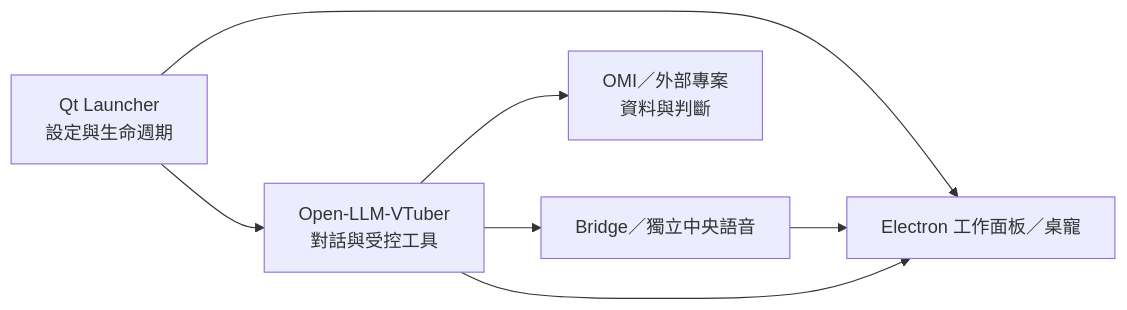
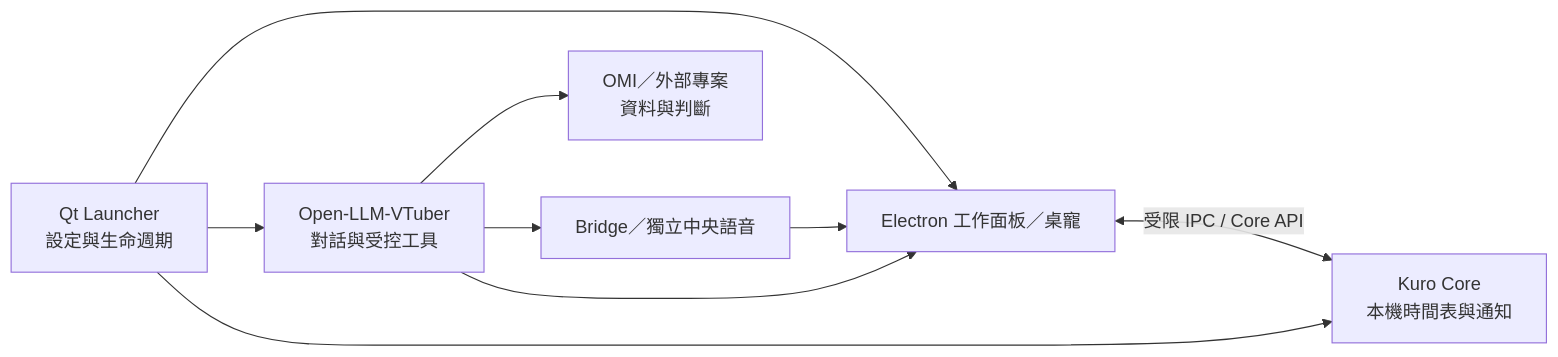
Before and after one commit to lulu930128/desktop-agent-runtime: the diagram in README.md, drawn with Mermaid. The commit also changed other lines of this file and 12 other files, not shown here.

First line of the commit message:
docs(architecture): reconcile Core ownership and research boundaries

````diff
--- a/README.md
+++ b/README.md
@@ -39,9 +39,11 @@
 ```mermaid
 flowchart LR
     Launcher["Qt Launcher<br/>設定與生命週期"] --> Panel["Electron 工作面板／桌寵"]
     Launcher --> Runtime["Open-LLM-VTuber<br/>對話與受控工具"]
+    Launcher --> Core["Kuro Core<br/>本機時間表與通知"]
+    Panel <-->|"受限 IPC / Core API"| Core
     Runtime --> Domain["OMI／外部專案<br/>資料與判斷"]
     Runtime --> Voice["Bridge／獨立中央語音"]
     Runtime --> Panel
     Voice --> Panel
 ```
````
